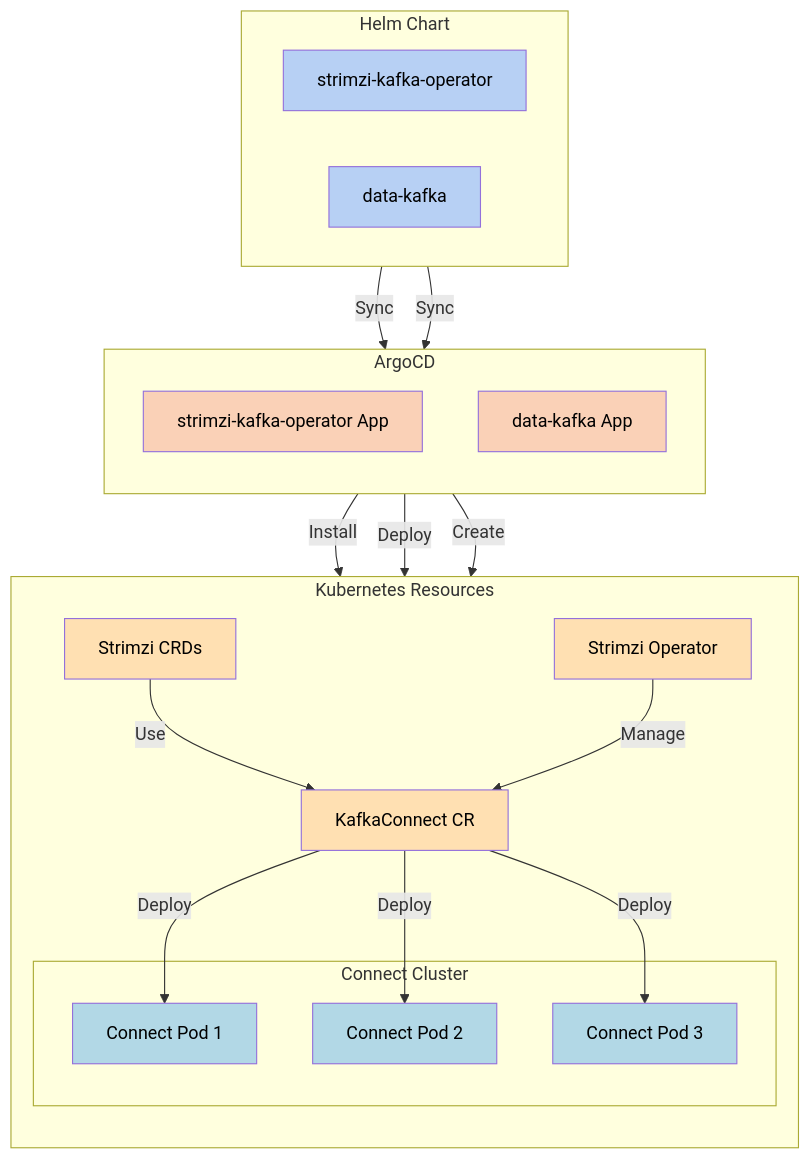
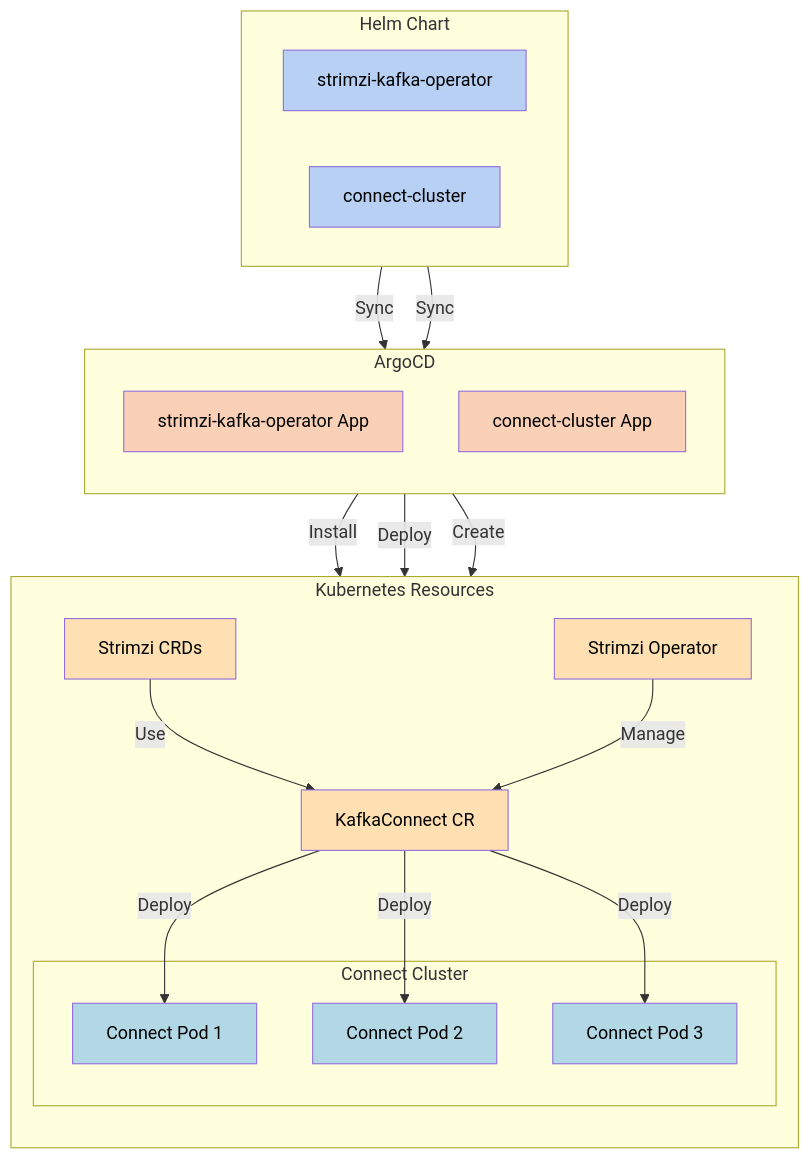
One commit to yecnj/yecnj.github.io changed the second of 3 diagrams in _notes/Public/Kafka/Strimzi/Strimzi.md. Above: the diagram before and after it, drawn with Mermaid. The commit also changed other lines of this file and 8 other files, not shown here.

Commit message:
KafkaConnect

```diff
--- a/_notes/Public/Kafka/Strimzi/Strimzi.md
+++ b/_notes/Public/Kafka/Strimzi/Strimzi.md
@@ -101,47 +98,47 @@
 <div class="mermaid">
 flowchart TB
     subgraph "Helm Chart"
         direction LR
         SO[strimzi-kafka-operator]
-        DK[data-kafka]
+        DK[connect-cluster]
     end
 
     subgraph "ArgoCD"
         direction TB
         APP1[strimzi-kafka-operator App]
-        APP2[data-kafka App]
+        APP2[connect-cluster App]
     end
 
     subgraph "Kubernetes Resources"
         direction TB
         CRD[Strimzi CRDs]
         OP[Strimzi Operator]
         KC[KafkaConnect CR]
         
         subgraph "Connect Cluster"
             P1[Connect Pod 1]
             P2[Connect Pod 2]
             P3[Connect Pod 3]
         end
     end
 
     SO -->|Sync| APP1
     DK -->|Sync| APP2
     CRD -->|Use| KC
     APP1 -->|Install| CRD
     APP1 -->|Deploy| OP
     APP2 -->|Create| KC
     OP -->|Manage| KC
     KC -->|Deploy| P1 & P2 & P3
 
     style SO fill:#B7D0F4,color:#000
     style DK fill:#B7D0F4,color:#000
     style APP1 fill:#FAD1B7,color:#000
     style APP2 fill:#FAD1B7,color:#000
     style CRD fill:#FFE0B2,color:#000
     style OP fill:#FFE0B2,color:#000
     style KC fill:#FFE0B2,color:#000
     style P1 fill:#B2D8E6,color:#000
     style P2 fill:#B2D8E6,color:#000
     style P3 fill:#B2D8E6,color:#000
 </div>
```
